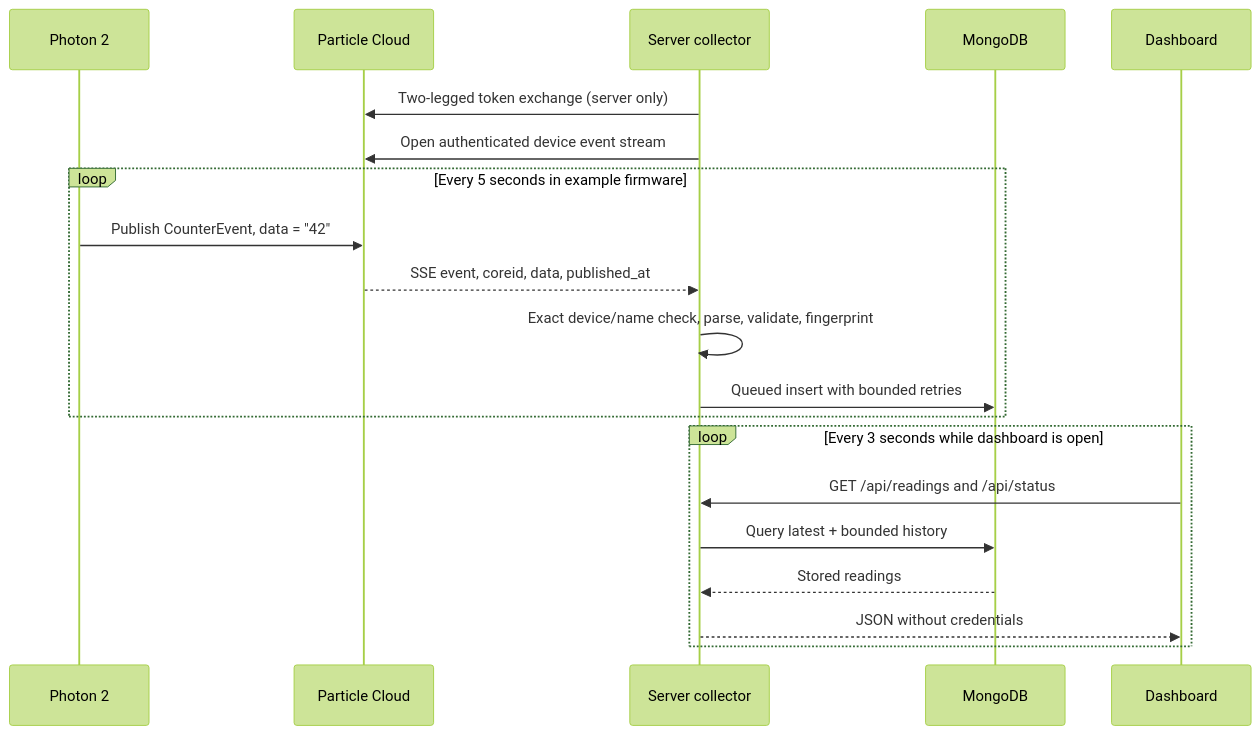
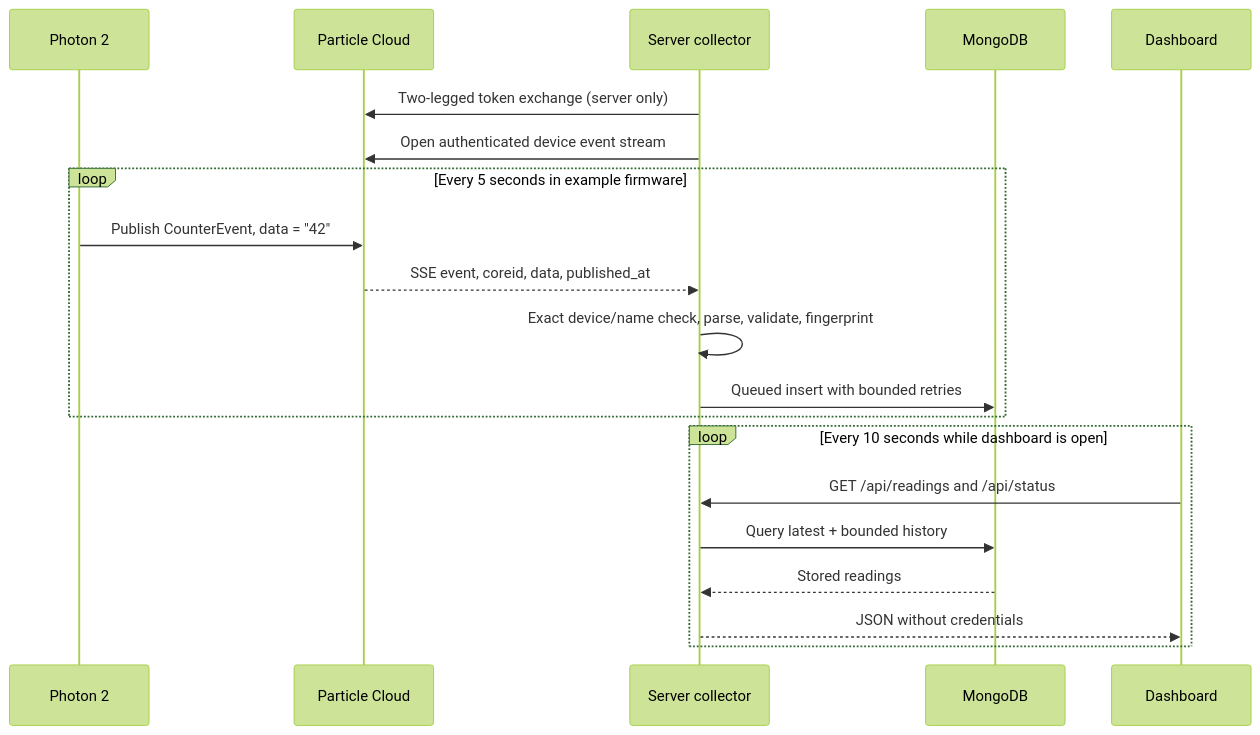
One commit to zhaw-iwi/particle-iot-app-template changed the diagram in docs/data-flow.md. Above: the diagram before and after it, drawn with Mermaid (forest theme). The commit also changed 5 other files, not shown here.

Commit message:
Reduce dashboard polling frequency to ten seconds

````diff
--- a/docs/data-flow.md
+++ b/docs/data-flow.md
@@ -5,22 +5,22 @@
 ```mermaid
 sequenceDiagram
   participant D as Photon 2
   participant P as Particle Cloud
   participant C as Server collector
   participant M as MongoDB
   participant B as Dashboard
   C->>P: Two-legged token exchange (server only)
   C->>P: Open authenticated device event stream
   loop Every 5 seconds in example firmware
     D->>P: Publish CounterEvent, data = "42"
     P-->>C: SSE event, coreid, data, published_at
     C->>C: Exact device/name check, parse, validate, fingerprint
     C->>M: Queued insert with bounded retries
   end
-  loop Every 3 seconds while dashboard is open
+  loop Every 10 seconds while dashboard is open
     B->>C: GET /api/readings and /api/status
     C->>M: Query latest + bounded history
     M-->>C: Stored readings
     C-->>B: JSON without credentials
   end
 ```
````
